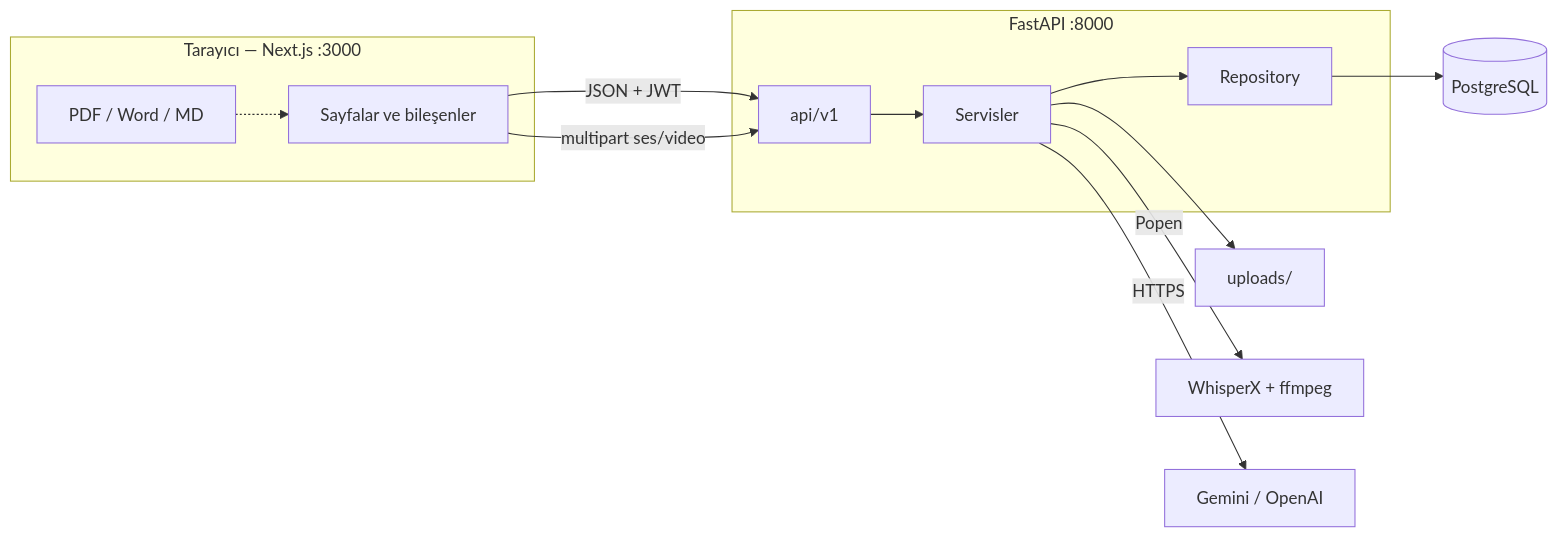
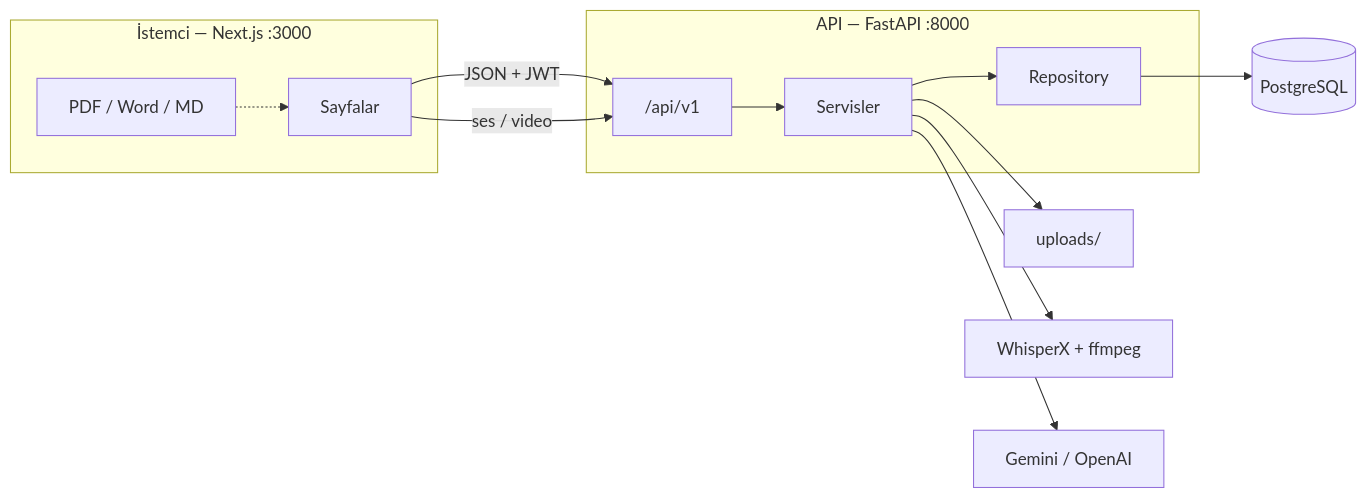
Before and after one commit to Aypars/ai-scribe: the first of 3 diagrams in README.md, drawn with Mermaid. The commit also changed other lines of this file and 9 other files, not shown here.

````diff
--- a/README.md
+++ b/README.md
@@ -41,28 +34,28 @@
 ```mermaid
 flowchart LR
-  subgraph istemci ["Tarayıcı — Next.js :3000"]
-    UI[Sayfalar ve bileşenler]
+  subgraph istemci ["İstemci — Next.js :3000"]
+    UI[Sayfalar]
     EXP[PDF / Word / MD]
   end
 
-  subgraph api ["FastAPI :8000"]
-    R[api/v1]
+  subgraph api ["API — FastAPI :8000"]
+    R["/api/v1"]
     SVC[Servisler]
     REPO[Repository]
   end
 
   PG[(PostgreSQL)]
   UP[uploads/]
   WX[WhisperX + ffmpeg]
   LLM[Gemini / OpenAI]
 
   UI -->|JSON + JWT| R
-  UI -->|multipart ses/video| R
+  UI -->|ses / video| R
   EXP -.-> UI
   R --> SVC
   SVC --> REPO
   REPO --> PG
   SVC --> UP
-  SVC -->|Popen| WX
-  SVC -->|HTTPS| LLM
+  SVC --> WX
+  SVC --> LLM
 ```
````
